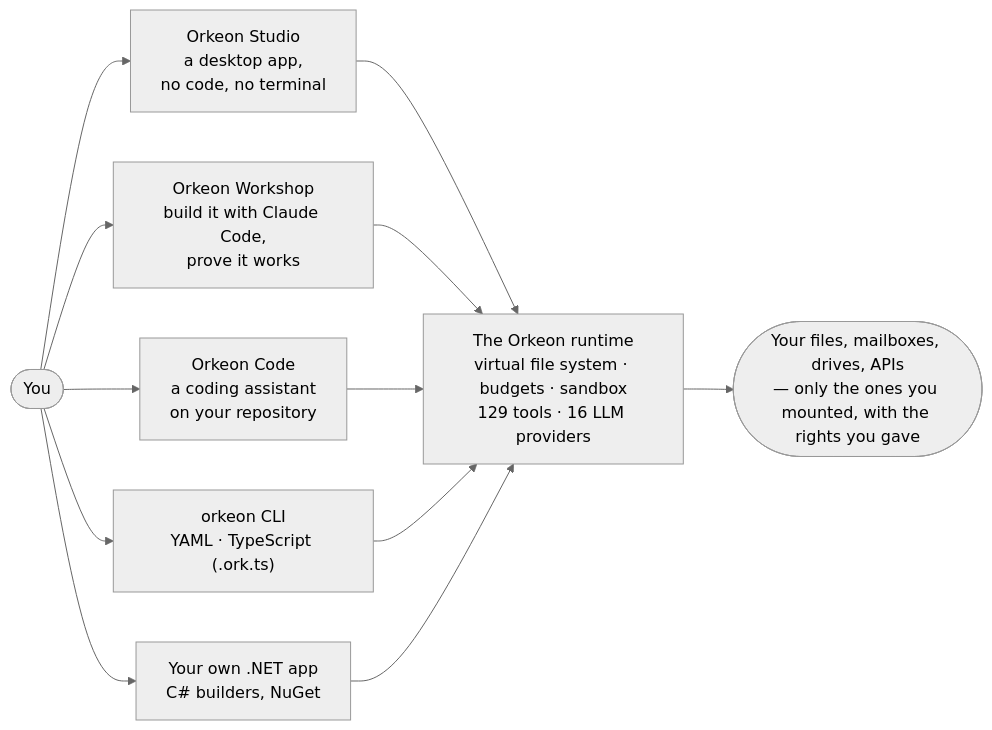
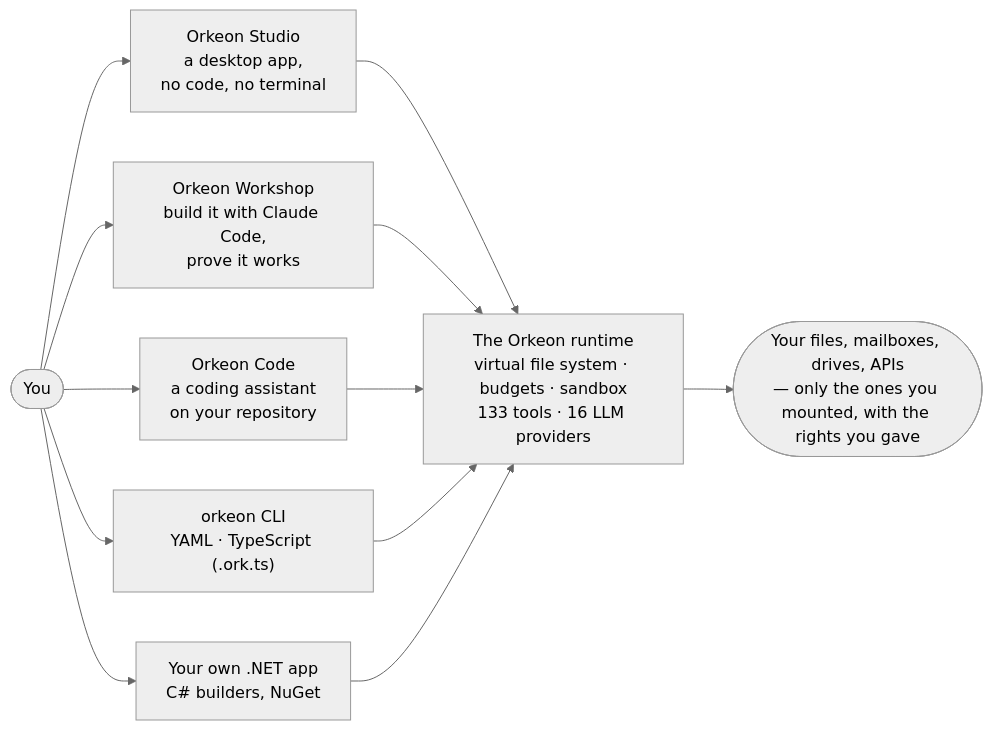
Before and after one commit to Orkeon/orkeon: the diagram in README.md, drawn with Mermaid (neutral theme). The commit also changed other lines of this file and 59 other files, not shown here.

````diff
--- a/README.md
+++ b/README.md
@@ -43,10 +43,10 @@
 ```mermaid
 flowchart LR
     you(["You"]) --> workshop["Orkeon Workshop<br/>build it with Claude Code,<br/>prove it works"]
     you --> studio["Orkeon Studio<br/>a desktop app,<br/>no code, no terminal"]
     you --> code["Orkeon Code<br/>a coding assistant<br/>on your repository"]
     you --> cli["orkeon CLI<br/>YAML · TypeScript (.ork.ts)"]
     you --> app["Your own .NET app<br/>C# builders, NuGet"]
-    studio & workshop & code & cli & app --> runtime["The Orkeon runtime<br/>virtual file system · budgets · sandbox<br/>129 tools · 16 LLM providers"]
+    studio & workshop & code & cli & app --> runtime["The Orkeon runtime<br/>virtual file system · budgets · sandbox<br/>133 tools · 16 LLM providers"]
     runtime --> world(["Your files, mailboxes, drives, APIs<br/>— only the ones you mounted, with the rights you gave"])
 ```
````
